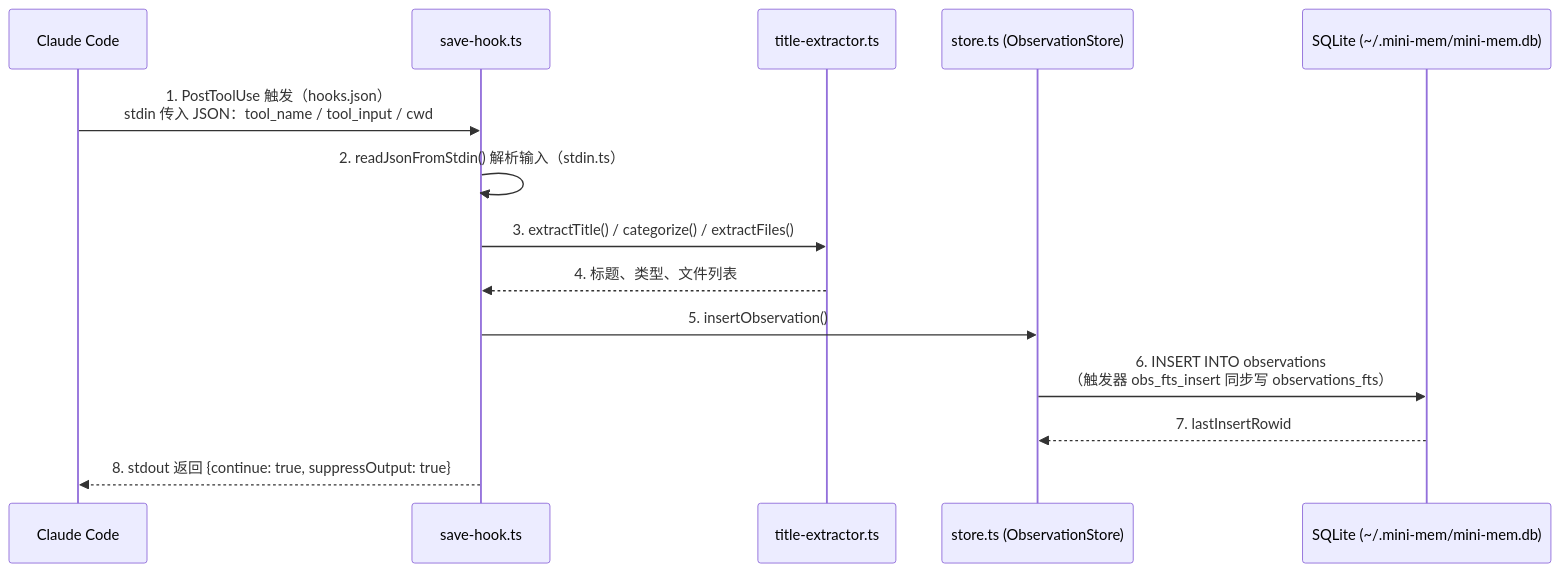
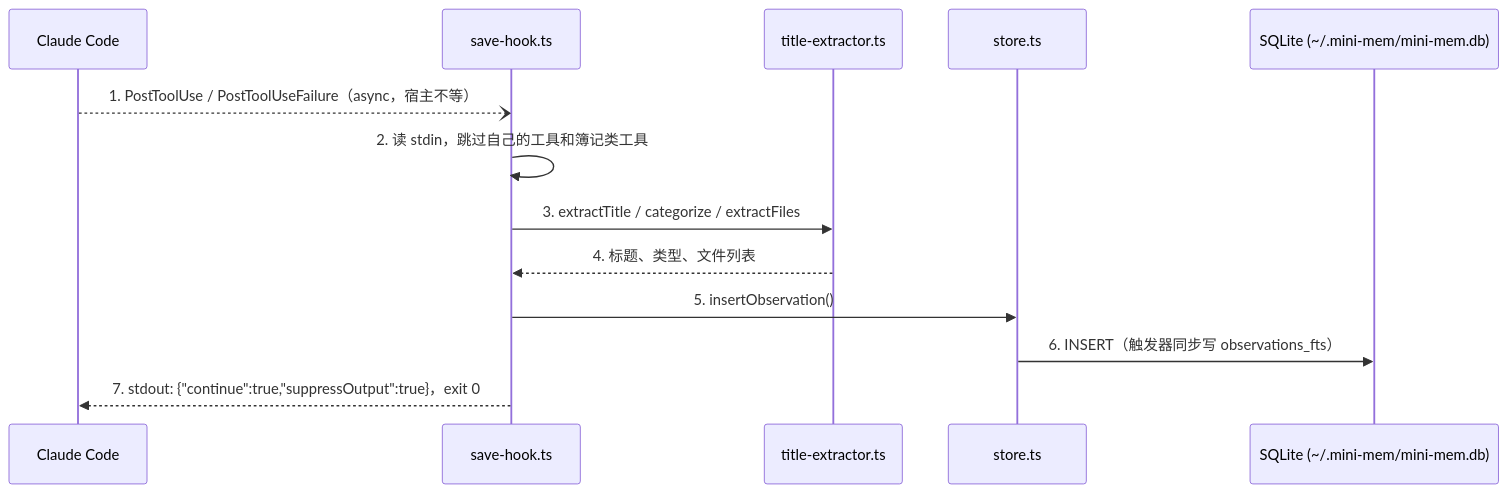
Before and after one commit to diguike/book-claude-mem: the first of 2 diagrams in 04-practice/ch13-mini-mem/README.md, drawn with Mermaid. The commit also changed other lines of this file and 155 other files, not shown here.

````diff
--- a/04-practice/ch13-mini-mem/README.md
+++ b/04-practice/ch13-mini-mem/README.md
@@ -55,17 +58,16 @@
 ```mermaid
 sequenceDiagram
     participant CC as Claude Code
     participant SH as save-hook.ts
     participant TE as title-extractor.ts
-    participant ST as store.ts (ObservationStore)
+    participant ST as store.ts
     participant DB as SQLite (~/.mini-mem/mini-mem.db)
 
-    CC->>SH: 1. PostToolUse 触发（hooks.json）<br/>stdin 传入 JSON：tool_name / tool_input / cwd
-    SH->>SH: 2. readJsonFromStdin() 解析输入（stdin.ts）
-    SH->>TE: 3. extractTitle() / categorize() / extractFiles()
+    CC--)SH: 1. PostToolUse / PostToolUseFailure（async，宿主不等）
+    SH->>SH: 2. 读 stdin，跳过自己的工具和簿记类工具
+    SH->>TE: 3. extractTitle / categorize / extractFiles
     TE-->>SH: 4. 标题、类型、文件列表
     SH->>ST: 5. insertObservation()
-    ST->>DB: 6. INSERT INTO observations<br/>（触发器 obs_fts_insert 同步写 observations_fts）
-    DB-->>ST: 7. lastInsertRowid
-    SH-->>CC: 8. stdout 返回 {continue: true, suppressOutput: true}
+    ST->>DB: 6. INSERT（触发器同步写 observations_fts）
+    SH-->>CC: 7. stdout: {"continue":true,"suppressOutput":true}，exit 0
 ```
````
